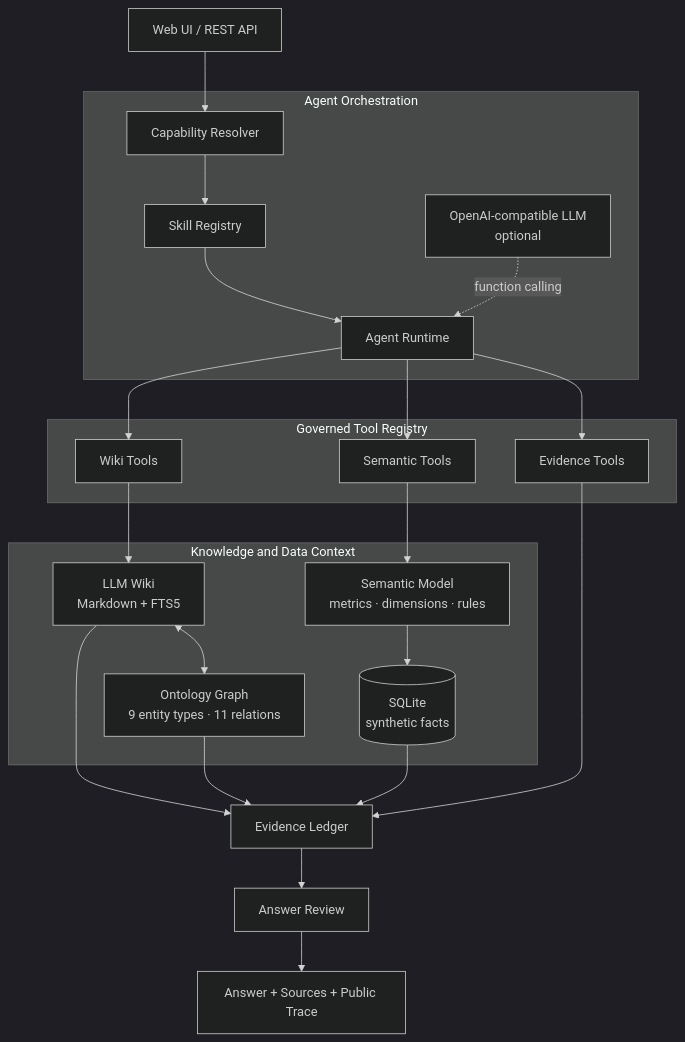
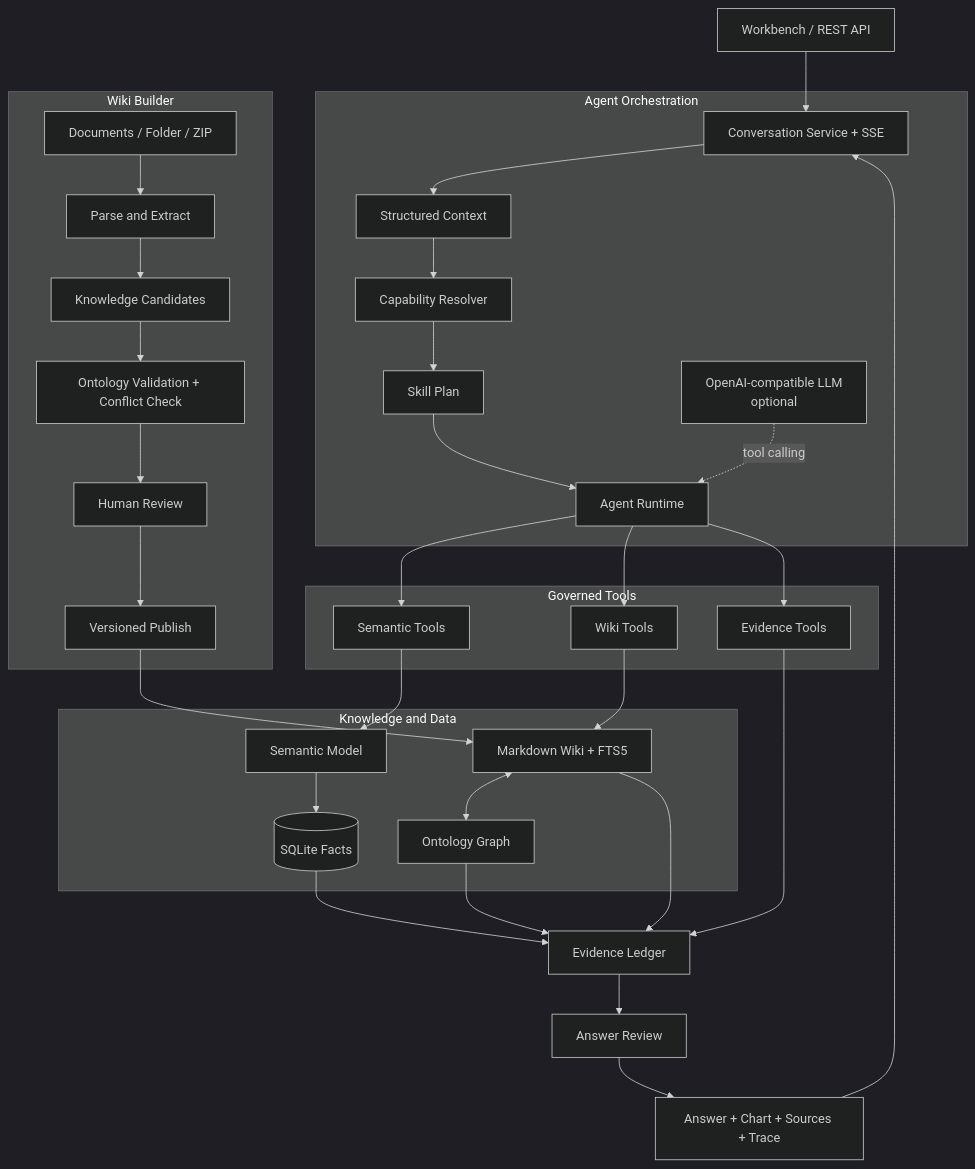
The diagram in README.md (wchao030410-sudo/MetricLore), drawn with Mermaid (dark theme) before and after one commit. The commit also changed other lines of this file and 21 other files, not shown here.

````diff
--- a/README.md
+++ b/README.md
@@ -53,30 +78,43 @@
 ```mermaid
 flowchart TB
-    Q[Web UI / REST API] --> R
+    U[Workbench / REST API] --> C[Conversation Service + SSE]
 
     subgraph ORCH[Agent Orchestration]
-        R[Capability Resolver] --> S[Skill Registry]
-        S --> A[Agent Runtime]
-        L[OpenAI-compatible LLM<br/>optional] -. function calling .-> A
+        C --> X[Structured Context]
+        X --> R[Capability Resolver]
+        R --> P[Skill Plan]
+        P --> A[Agent Runtime]
+        L[OpenAI-compatible LLM<br/>optional] -. tool calling .-> A
     end
 
-    subgraph TOOLS[Governed Tool Registry]
+    subgraph TOOLS[Governed Tools]
+        A --> ST[Semantic Tools]
         A --> WT[Wiki Tools]
-        A --> ST[Semantic Tools]
         A --> ET[Evidence Tools]
     end
 
-    subgraph CONTEXT[Knowledge and Data Context]
-        WT --> WI[LLM Wiki<br/>Markdown + FTS5]
-        WI <--> ON[Ontology Graph<br/>9 entity types · 11 relations]
-        ST --> SM[Semantic Model<br/>metrics · dimensions · rules]
-        SM --> DB[(SQLite<br/>synthetic facts)]
+    subgraph KNOWLEDGE[Knowledge and Data]
+        ST --> SM[Semantic Model]
+        SM --> DB[(SQLite Facts)]
+        WT --> WI[Markdown Wiki + FTS5]
+        WI <--> ON[Ontology Graph]
     end
 
-    WI --> E[Evidence Ledger]
+    DB --> E[Evidence Ledger]
+    WI --> E
     ON --> E
-    DB --> E
     ET --> E
     E --> V[Answer Review]
-    V --> O[Answer + Sources + Public Trace]
+    V --> M[Answer + Chart + Sources + Trace]
+    M --> C
+
+    subgraph BUILDER[Wiki Builder]
+        D[Documents / Folder / ZIP] --> PS[Parse and Extract]
+        PS --> KC[Knowledge Candidates]
+        KC --> OV[Ontology Validation + Conflict Check]
+        OV --> HR[Human Review]
+        HR --> VP[Versioned Publish]
+    end
+
+    VP --> WI
 ```
````
